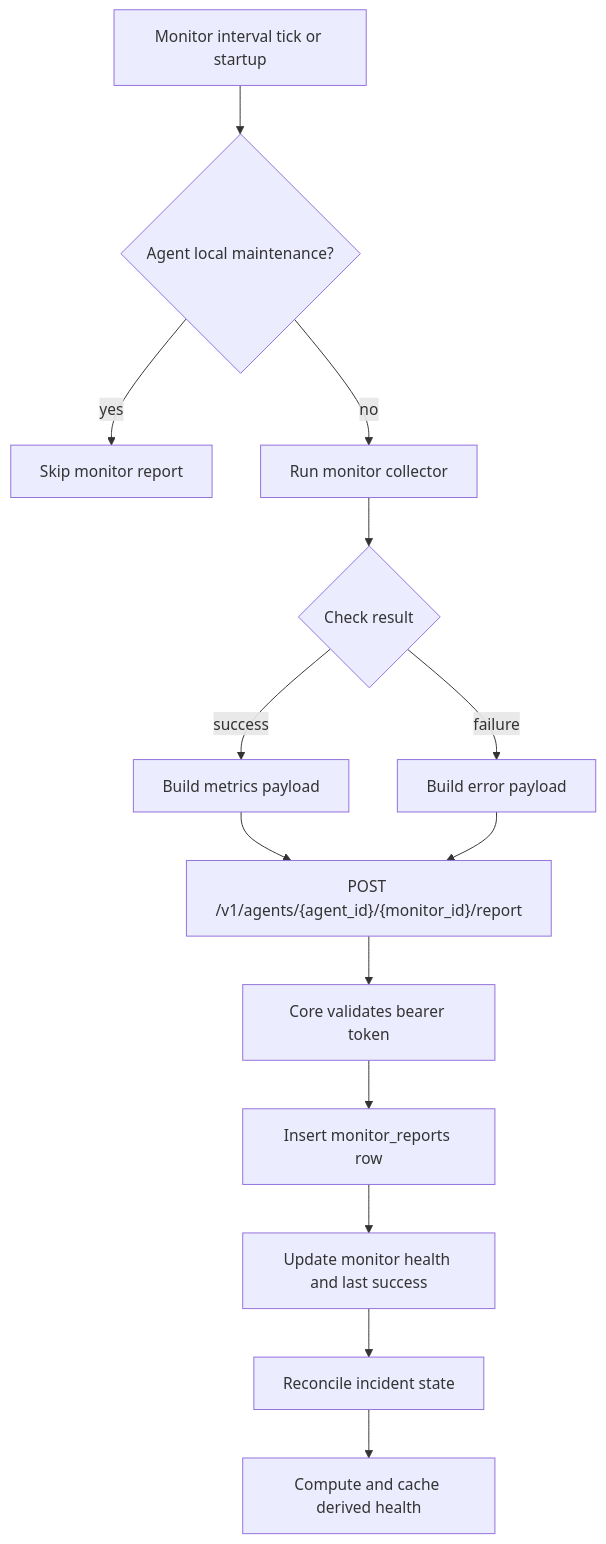
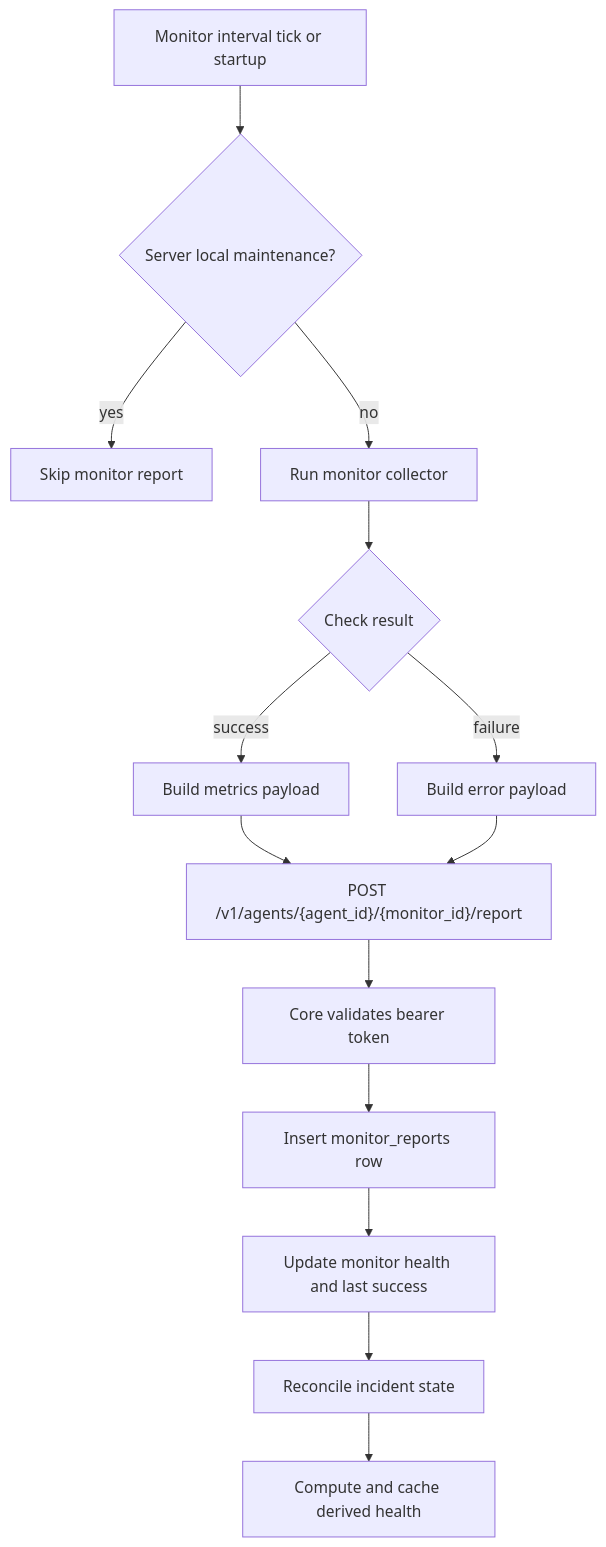
Before and after one commit to sunday-studio/orion: the fifth of 6 diagrams in docs/architecture/data-ingestion.md, drawn with Mermaid. The commit also changed other lines of this file and 223 other files, not shown here.

````diff
--- a/docs/architecture/data-ingestion.md
+++ b/docs/architecture/data-ingestion.md
@@ -145,16 +150,16 @@
 ```mermaid
 flowchart TD
-  Tick["Monitor interval tick or startup"] --> Maintenance{"Agent local maintenance?"}
+  Tick["Monitor interval tick or startup"] --> Maintenance{"Server local maintenance?"}
   Maintenance -- "yes" --> Skip["Skip monitor report"]
   Maintenance -- "no" --> RunCheck["Run monitor collector"]
   RunCheck --> Result{"Check result"}
   Result -- "success" --> Metrics["Build metrics payload"]
   Result -- "failure" --> Error["Build error payload"]
   Metrics --> Send["POST /v1/agents/{agent_id}/{monitor_id}/report"]
   Error --> Send
   Send --> CoreAuth["Core validates bearer token"]
   CoreAuth --> Store["Insert monitor_reports row"]
   Store --> UpdateMonitor["Update monitor health and last success"]
   UpdateMonitor --> Incidents["Reconcile incident state"]
   Incidents --> Health["Compute and cache derived health"]
 ```
````
